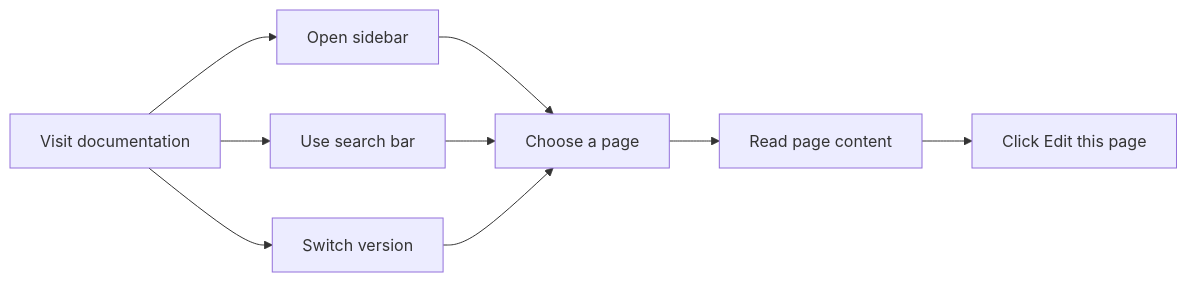
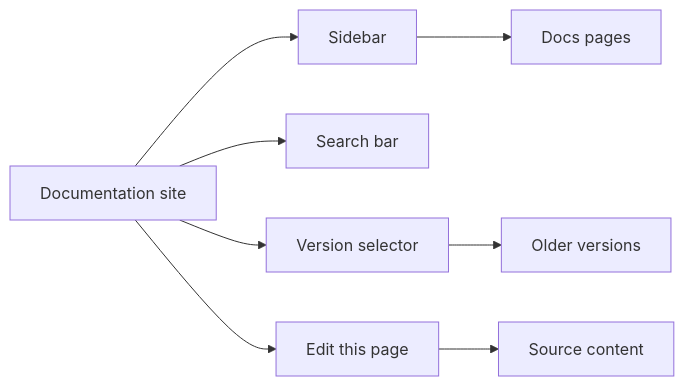
Before and after one commit to Mohita111/API2: the first of 2 diagrams in api2-documentation/plan_2026-11-02_f8890e/user-facing-docs/documentation.md, drawn with Mermaid. The commit also changed other lines of this file and 14 other files, not shown here.

````diff
--- a/api2-documentation/plan_2026-11-02_f8890e/user-facing-docs/documentation.md
+++ b/api2-documentation/plan_2026-11-02_f8890e/user-facing-docs/documentation.md
@@ -43,11 +53,10 @@
 ```mermaid
 graph LR
-    A[Visit documentation] --> B[Open sidebar]
-    B --> C[Choose a page]
-    A --> D[Use search bar]
-    D --> C
-    A --> E[Switch version]
-    E --> C
-    C --> F[Read page content]
-    F --> G[Click Edit this page]
+    A[Documentation site] --> B[Sidebar]
+    A --> C[Search bar]
+    A --> D[Version selector]
+    A --> E[Edit this page]
+    B --> F[Docs pages]
+    D --> G[Older versions]
+    E --> H[Source content]
 ```
````
